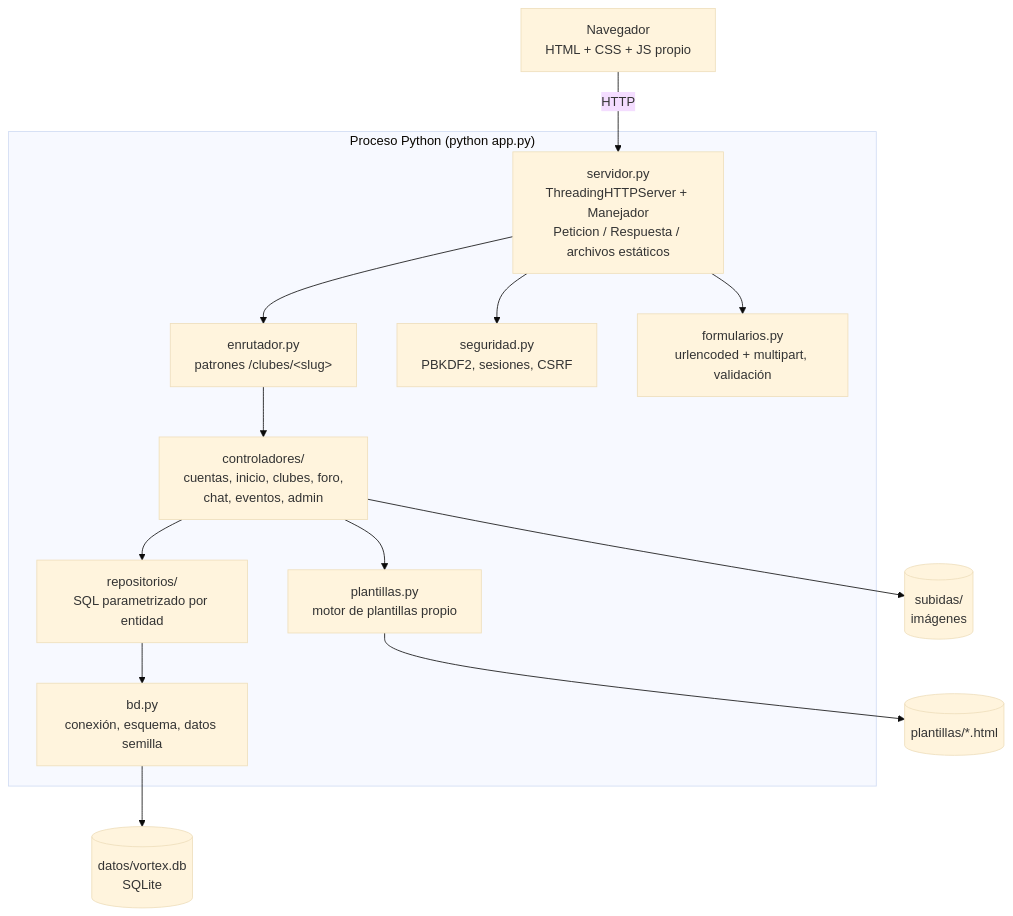
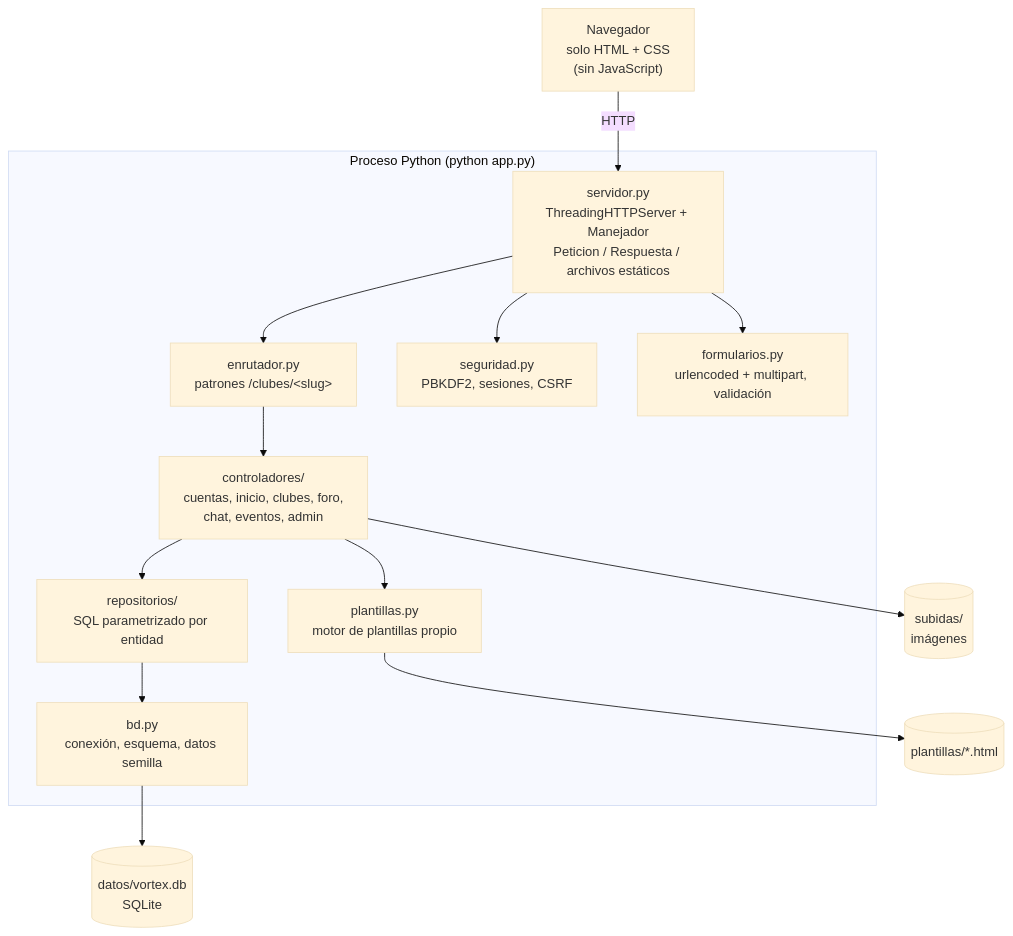
Before and after one commit to Lis-carl/Vortex_club-s: the diagram in docs/07_arquitectura.md, drawn with Mermaid (base theme). The commit also changed other lines of this file and 61 other files, not shown here.

First line of the commit message:
Rediseño sin JavaScript, base vacía y catálogo oficial de clubes

````diff
--- a/docs/07_arquitectura.md
+++ b/docs/07_arquitectura.md
@@ -9,25 +9,25 @@
 ```mermaid
 flowchart TB
-    NAV["Navegador<br/>HTML + CSS + JS propio"]
+    NAV["Navegador<br/>solo HTML + CSS<br/>(sin JavaScript)"]
     subgraph PY["Proceso Python (python app.py)"]
         SRV["servidor.py<br/>ThreadingHTTPServer + Manejador<br/>Peticion / Respuesta / archivos estáticos"]
         ENR["enrutador.py<br/>patrones /clubes/&lt;slug&gt;"]
         CTL["controladores/<br/>cuentas, inicio, clubes, foro,<br/>chat, eventos, admin"]
         PLA["plantillas.py<br/>motor de plantillas propio"]
         SEG["seguridad.py<br/>PBKDF2, sesiones, CSRF"]
         FRM["formularios.py<br/>urlencoded + multipart, validación"]
         REP["repositorios/<br/>SQL parametrizado por entidad"]
         BD["bd.py<br/>conexión, esquema, datos semilla"]
     end
     SQL[("datos/vortex.db<br/>SQLite")]
     ARCH[("subidas/<br/>imágenes")]
     HTML[("plantillas/*.html")]
 
     NAV -- "HTTP" --> SRV
     SRV --> ENR --> CTL
     SRV --> FRM
     SRV --> SEG
     CTL --> PLA --> HTML
     CTL --> REP --> BD --> SQL
     CTL --> ARCH
 ```
````
